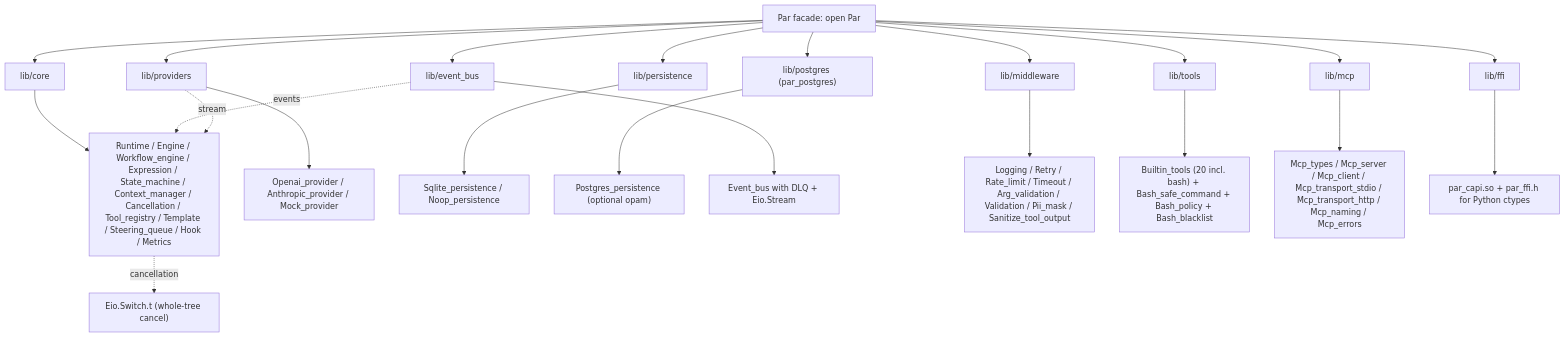
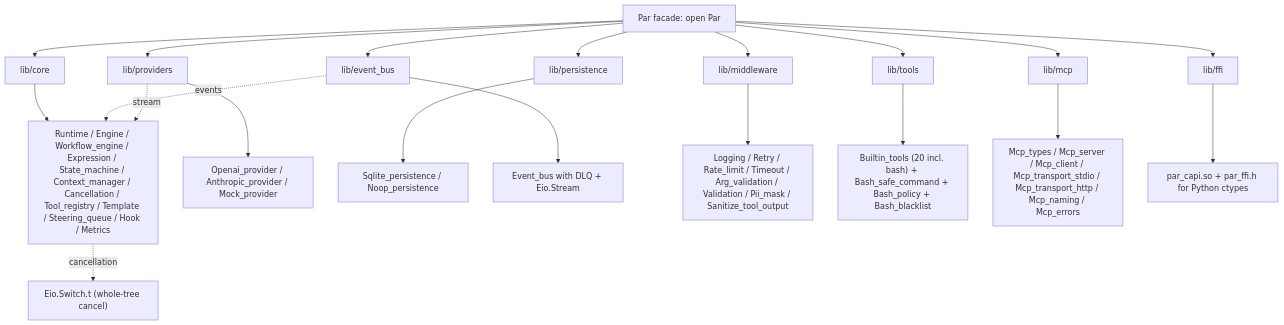
The diagram in docs/sdk/overview.md (jcz2020/par), drawn with Mermaid before and after one commit. The commit also changed other lines of this file and 29 other files, not shown here.

````diff
--- a/docs/sdk/overview.md
+++ b/docs/sdk/overview.md
@@ -22,25 +22,23 @@
 ```mermaid
 graph TD
   P["Par facade: open Par"]
   P --> CORE["lib/core"]
   P --> PROV["lib/providers"]
   P --> PERS["lib/persistence"]
-  P --> POST["lib/postgres (par_postgres)"]
   P --> EVB["lib/event_bus"]
   P --> MID["lib/middleware"]
   P --> TOOL["lib/tools"]
   P --> MCP["lib/mcp"]
   P --> FFI["lib/ffi"]
   CORE --> RT["Runtime / Engine / Workflow_engine / Expression / State_machine / Context_manager / Cancellation / Tool_registry / Template / Steering_queue / Hook / Metrics"]
   PROV --> PROV_API["Openai_provider / Anthropic_provider / Mock_provider"]
   PERS --> PERS_API["Sqlite_persistence / Noop_persistence"]
-  POST --> POST_API["Postgres_persistence (optional opam)"]
   EVB --> EVB_API["Event_bus with DLQ + Eio.Stream"]
   MID --> MID_API["Logging / Retry / Rate_limit / Timeout / Arg_validation / Validation / Pii_mask / Sanitize_tool_output"]
   TOOL --> TOOL_API["Builtin_tools (20 incl. bash) + Bash_safe_command + Bash_policy + Bash_blacklist"]
   MCP --> MCP_API["Mcp_types / Mcp_server / Mcp_client / Mcp_transport_stdio / Mcp_transport_http / Mcp_naming / Mcp_errors"]
   FFI --> FFI_API["par_capi.so + par_ffi.h for Python ctypes"]
   RT -.cancellation.-> EIO["Eio.Switch.t (whole-tree cancel)"]
   EVB -.events.-> RT
   PROV -.stream.-> RT
 ```
````
